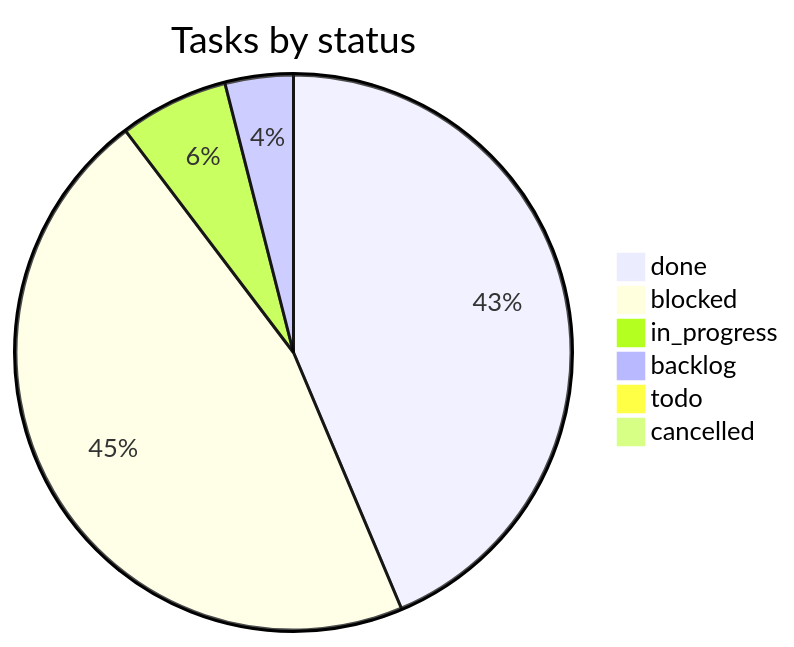
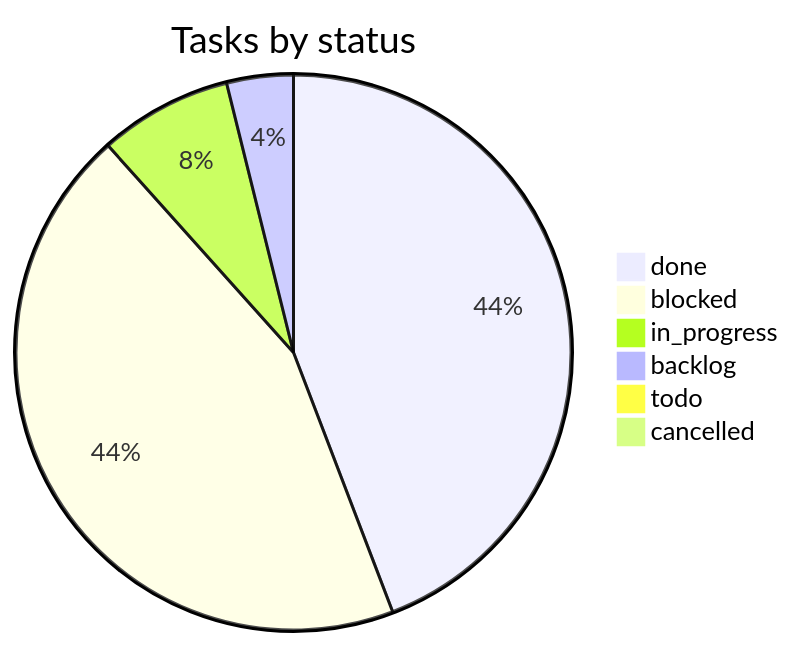
Before and after one commit to vulcanflow/docs: the second of 2 diagrams in PROGRESS.md, drawn with Mermaid. The commit also changed other lines of this file and 1 other file, not shown here.

Commit message:
progress: 2 deliveries (VFL-147, VFL-148), 1 status change (VFL-142), 3 new tasks (VFL-152-154) (#74)

````diff
--- a/PROGRESS.md
+++ b/PROGRESS.md
@@ -58,9 +58,9 @@
 ```mermaid
 pie title Tasks by status
-  "done" : 55
-  "blocked" : 58
-  "in_progress" : 8
+  "done" : 57
+  "blocked" : 57
+  "in_progress" : 10
   "backlog" : 5
   "todo" : 1
   "cancelled" : 1
 ```
````
